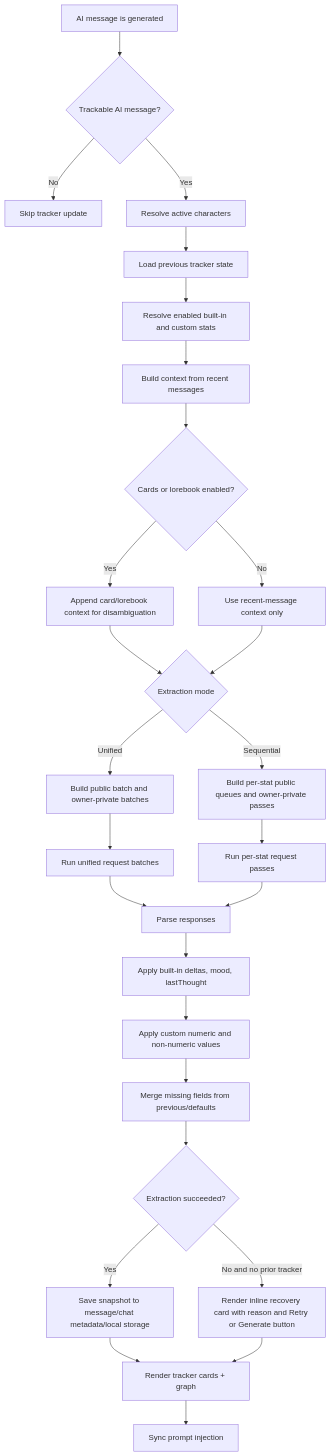
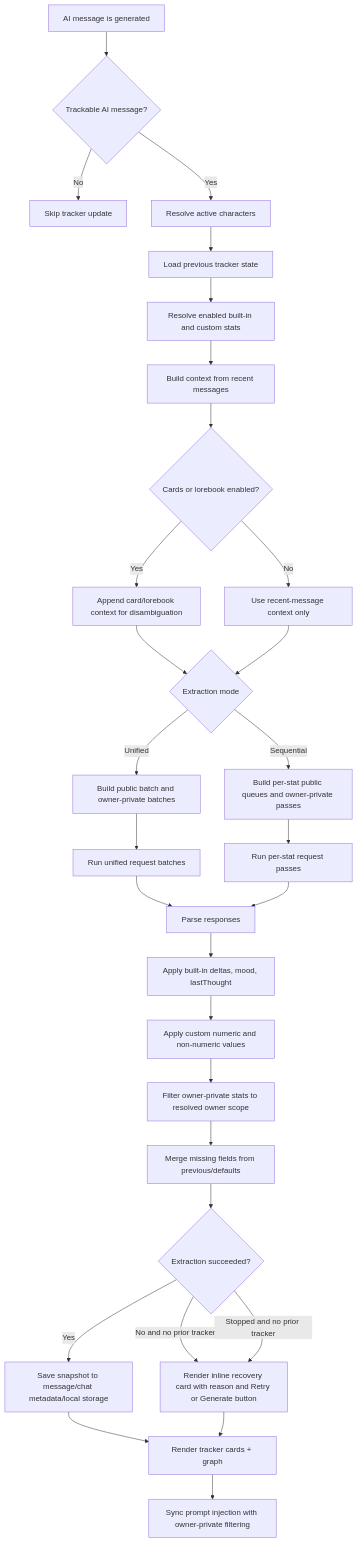
One commit to ghostd93/BetterSimTracker changed the first of 2 diagrams in README.md. Above: the diagram before and after it, drawn with Mermaid. The commit also changed other lines of this file, not shown here.

Commit message:
docs(readme): update flowcharts for private scope and recovery paths

````diff
--- a/README.md
+++ b/README.md
@@ -130,29 +130,31 @@
 ```mermaid
 flowchart TD
   A[AI message is generated] --> B{Trackable AI message?}
   B -- No --> Z[Skip tracker update]
   B -- Yes --> C[Resolve active characters]
   C --> D[Load previous tracker state]
   D --> E[Resolve enabled built-in and custom stats]
   E --> F[Build context from recent messages]
   F --> G{Cards or lorebook enabled?}
   G -- Yes --> H[Append card/lorebook context for disambiguation]
   G -- No --> I[Use recent-message context only]
   H --> J{Extraction mode}
   I --> J
   J -- Unified --> K[Build public batch and owner-private batches]
   J -- Sequential --> L[Build per-stat public queues and owner-private passes]
   K --> M[Run unified request batches]
   L --> N[Run per-stat request passes]
   M --> O[Parse responses]
   N --> O
   O --> P[Apply built-in deltas, mood, lastThought]
   P --> Q[Apply custom numeric and non-numeric values]
-  Q --> R[Merge missing fields from previous/defaults]
-  R --> S{Extraction succeeded?}
-  S -- Yes --> T[Save snapshot to message/chat metadata/local storage]
-  S -- No and no prior tracker --> U[Render inline recovery card with reason and Retry or Generate button]
-  T --> V[Render tracker cards + graph]
-  U --> V
-  V --> W[Sync prompt injection]
+  Q --> R[Filter owner-private stats to resolved owner scope]
+  R --> S[Merge missing fields from previous/defaults]
+  S --> T{Extraction succeeded?}
+  T -- Yes --> U[Save snapshot to message/chat metadata/local storage]
+  T -- No and no prior tracker --> V[Render inline recovery card with reason and Retry or Generate button]
+  T -- Stopped and no prior tracker --> V
+  U --> W[Render tracker cards + graph]
+  V --> W
+  W --> X[Sync prompt injection with owner-private filtering]
 ```
````
